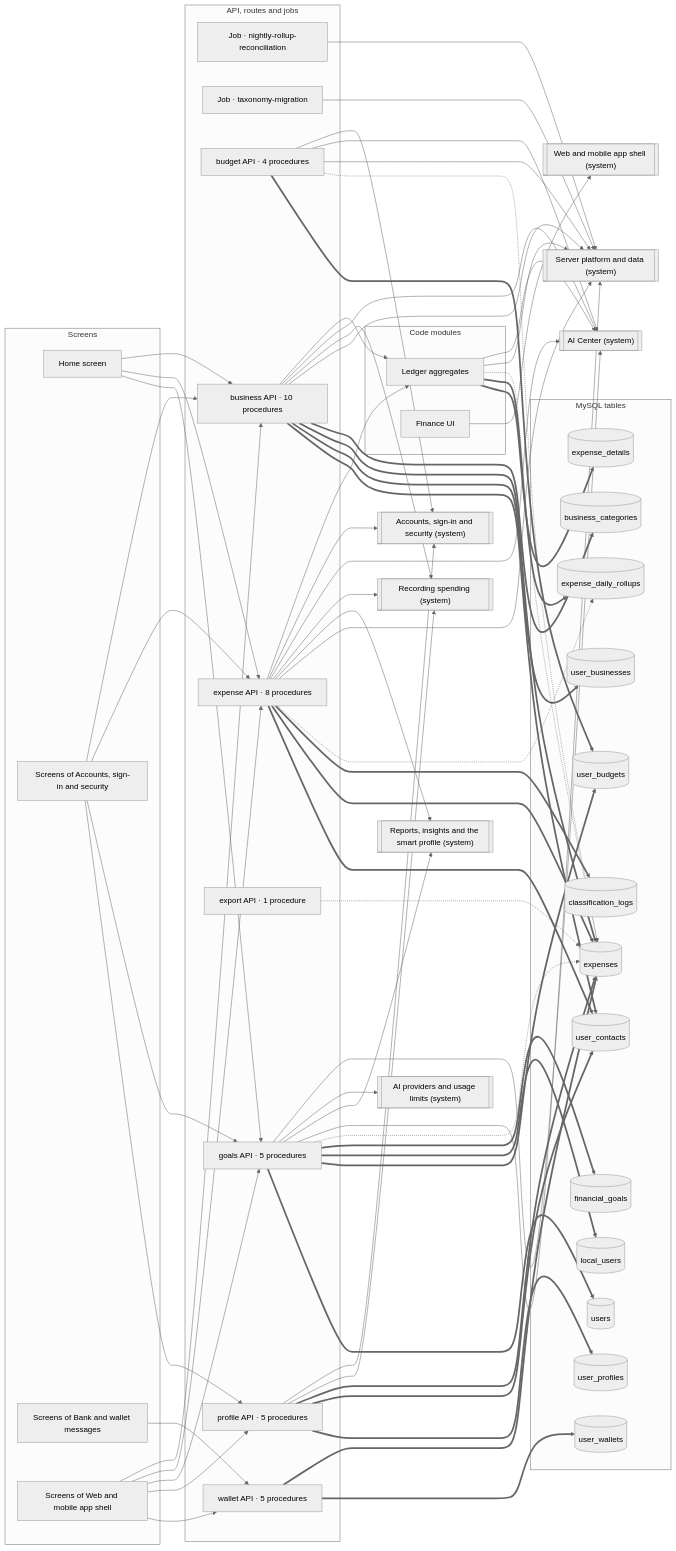
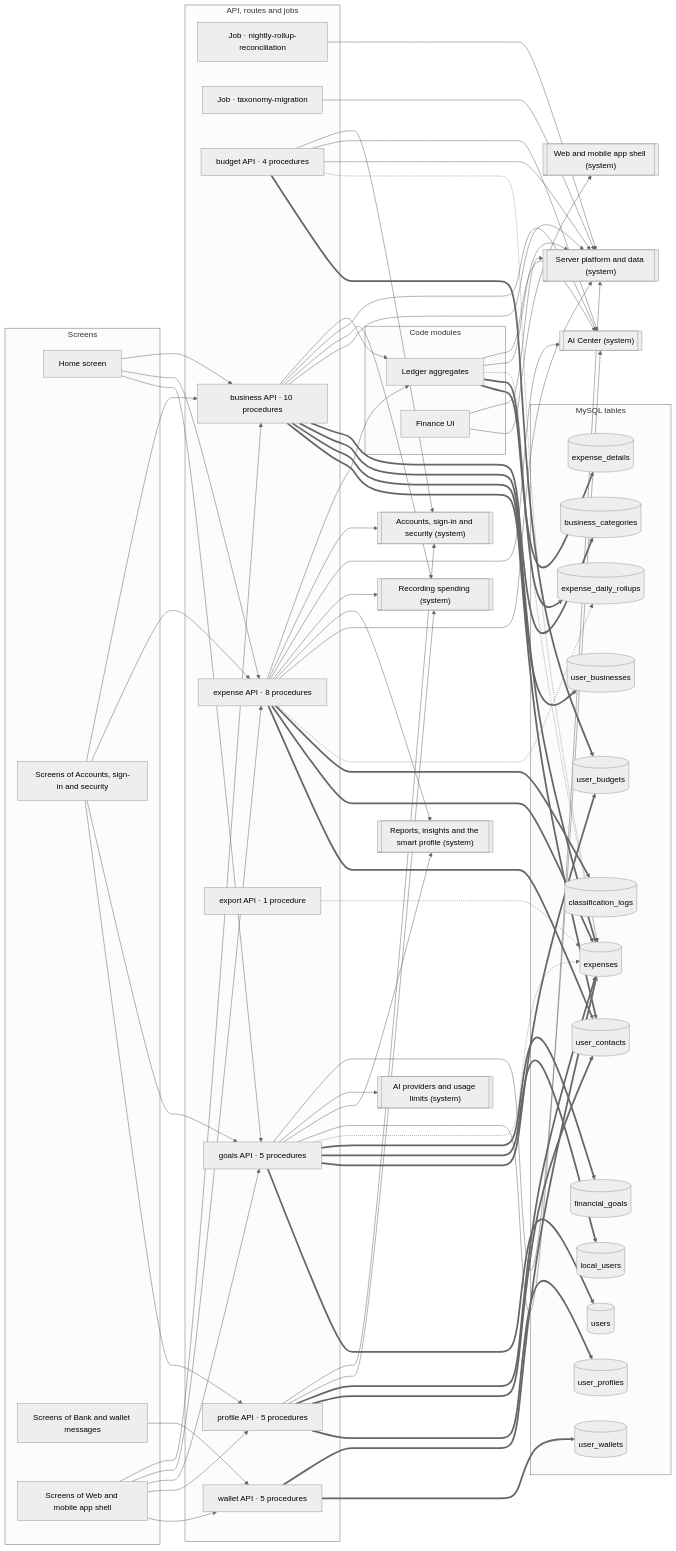
The diagram in docs/atlas/systems/money.md (mahmoudtaherr111/smartspend_mini_all), drawn with Mermaid (neutral theme) before and after one commit. The commit also changed other lines of this file and 22 other files, not shown here.

```diff
--- a/docs/atlas/systems/money.md
+++ b/docs/atlas/systems/money.md
@@ -62,6 +62,7 @@
   mod_ledger -.-> tbl_expenses
   mod_ledger ==> tbl_expense_daily_rollups
   mod_ledger ==> tbl_expense_details
+  mod_web_finance --> sys_platform
   mod_web_finance --> sys_web_app
   page_Home --> router_business
   page_Home --> router_expense
```
